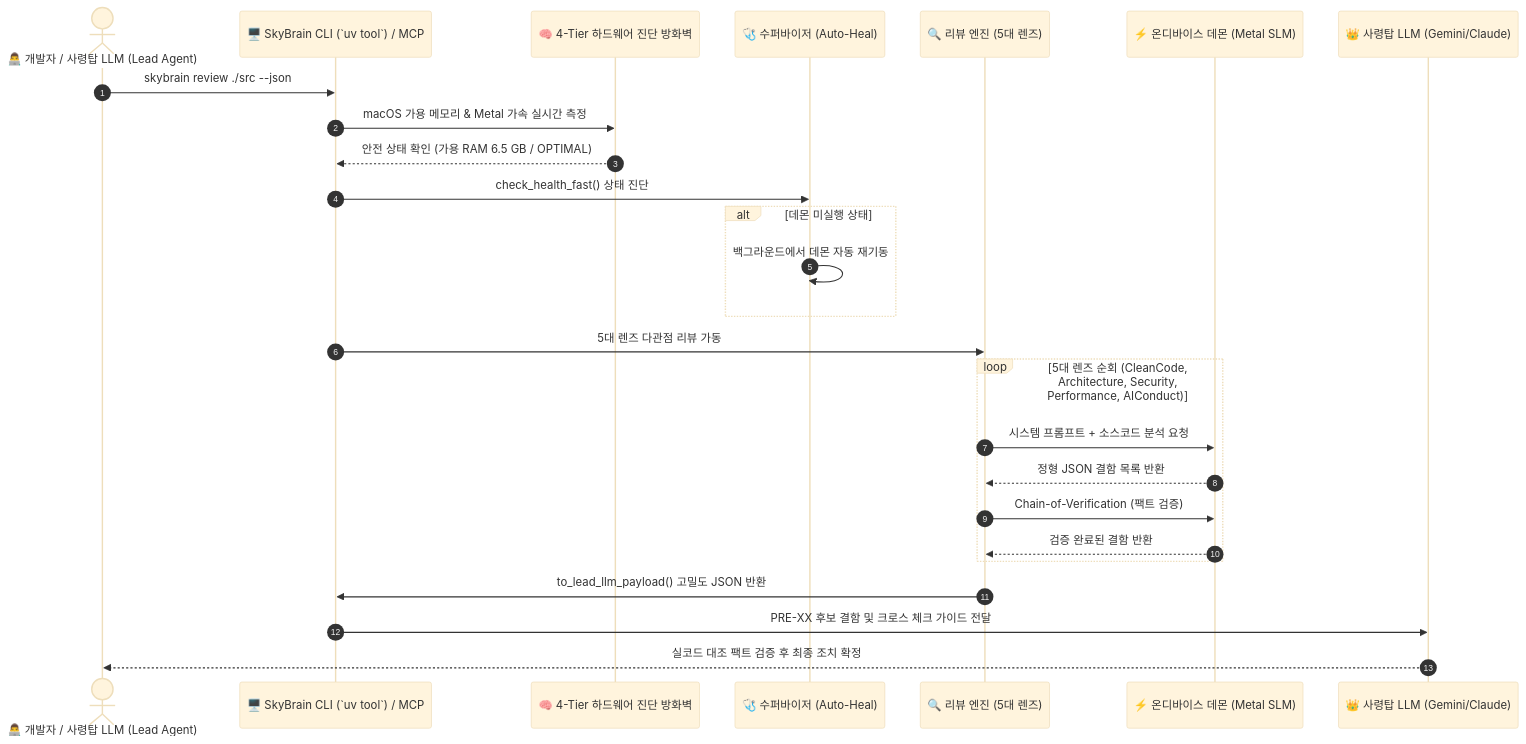
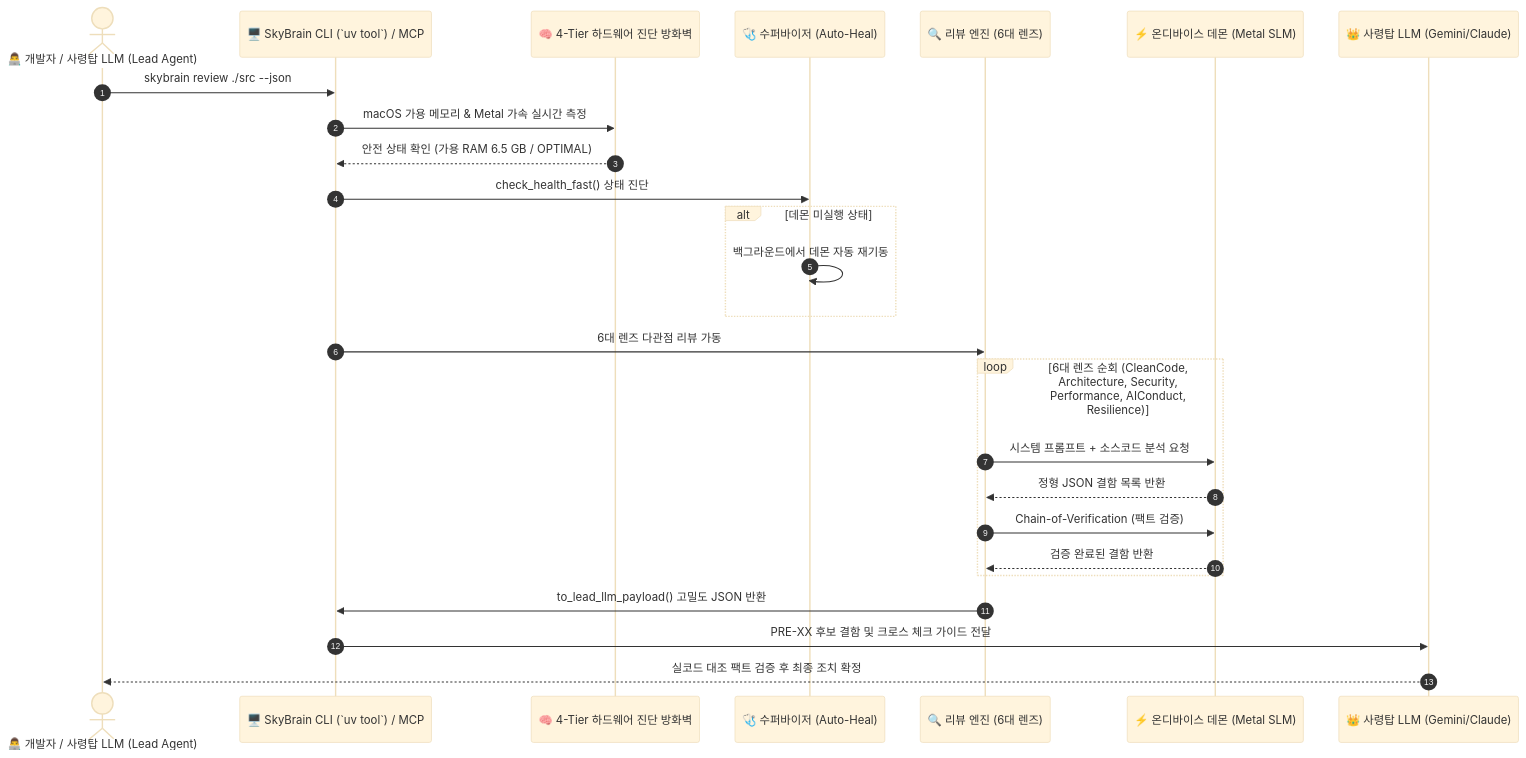
The diagram in README.ko.md (cobuild-ai/skybrain), drawn with Mermaid (base theme) before and after one commit. The commit also changed other lines of this file and 10 other files, not shown here.

````diff
--- a/README.ko.md
+++ b/README.ko.md
@@ -107,29 +109,29 @@
 ```mermaid
 sequenceDiagram
     autonumber
     actor Dev as 👨‍💻 개발자 / 사령탑 LLM (Lead Agent)
     participant CLI as 🖥️ SkyBrain CLI (`uv tool`) / MCP
     participant Guard as 🧠 4-Tier 하드웨어 진단 방화벽
     participant Super as 🩺 수퍼바이저 (Auto-Heal)
-    participant Engine as 🔍 리뷰 엔진 (5대 렌즈)
+    participant Engine as 🔍 리뷰 엔진 (6대 렌즈)
     participant Daemon as ⚡ 온디바이스 데몬 (Metal SLM)
     participant Lead as 👑 사령탑 LLM (Gemini/Claude)
 
     Dev->>CLI: skybrain review ./src --json
     CLI->>Guard: macOS 가용 메모리 & Metal 가속 실시간 측정
     Guard-->>CLI: 안전 상태 확인 (가용 RAM 6.5 GB / OPTIMAL)
     CLI->>Super: check_health_fast() 상태 진단
     alt 데몬 미실행 상태
         Super->>Super: 백그라운드에서 데몬 자동 재기동
     end
-    CLI->>Engine: 5대 렌즈 다관점 리뷰 가동
-    loop 5대 렌즈 순회 (CleanCode, Architecture, Security, Performance, AIConduct)
+    CLI->>Engine: 6대 렌즈 다관점 리뷰 가동
+    loop 6대 렌즈 순회 (CleanCode, Architecture, Security, Performance, AIConduct, Resilience)
         Engine->>Daemon: 시스템 프롬프트 + 소스코드 분석 요청
         Daemon-->>Engine: 정형 JSON 결함 목록 반환
         Engine->>Daemon: Chain-of-Verification (팩트 검증)
         Daemon-->>Engine: 검증 완료된 결함 반환
     end
     Engine->>CLI: to_lead_llm_payload() 고밀도 JSON 반환
     CLI->>Lead: PRE-XX 후보 결함 및 크로스 체크 가이드 전달
     Lead-->>Dev: 실코드 대조 팩트 검증 후 최종 조치 확정
 ```
````
